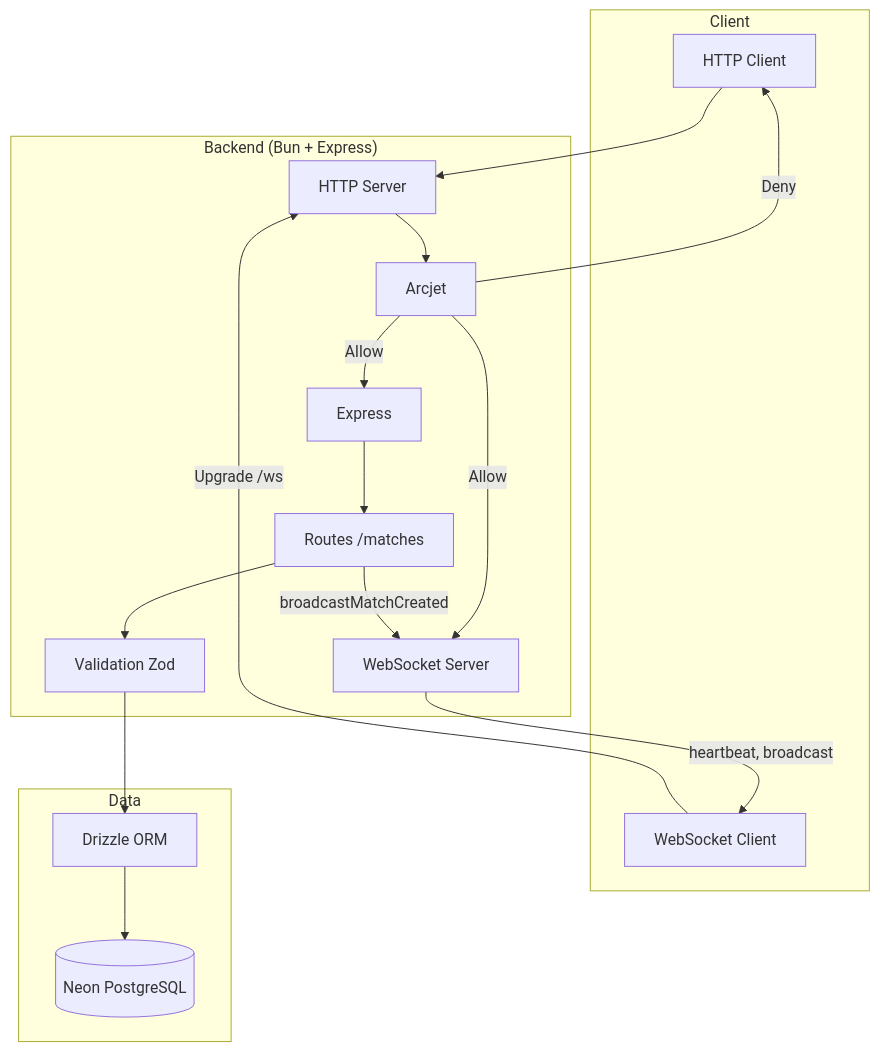
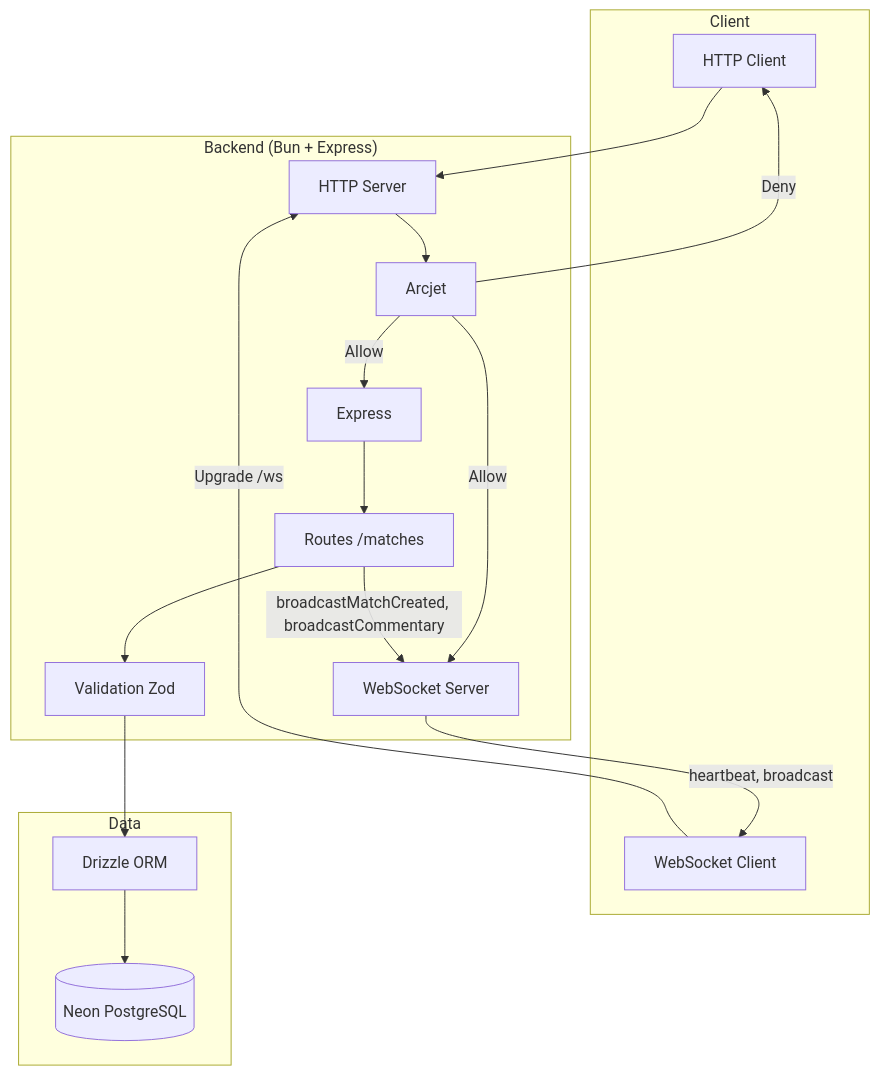
The first of 5 diagrams in sportsbuzz/backend/README.md (ShivamH1/SportsBuzz), drawn with Mermaid before and after one commit. The commit also changed other lines of this file and 1 other file, not shown here.

Commit message:
feat: update commentary route to use max limit

````diff
--- a/sportsbuzz/backend/README.md
+++ b/sportsbuzz/backend/README.md
@@ -29,34 +29,34 @@
 ```mermaid
 flowchart TB
     subgraph Client
         HTTP[HTTP Client]
         WS[WebSocket Client]
     end
 
     subgraph Backend["Backend (Bun + Express)"]
         Server[HTTP Server]
         Arcjet[Arcjet]
         Express[Express]
         Routes[Routes /matches]
         Validation[Validation Zod]
         WSS[WebSocket Server]
     end
 
     subgraph Data
         Drizzle[Drizzle ORM]
         DB[(Neon PostgreSQL)]
     end
 
     HTTP --> Server
     WS -->|Upgrade /ws| Server
     Server --> Arcjet
     Arcjet -->|Allow| Express
     Arcjet -->|Allow| WSS
     Arcjet -->|Deny| HTTP
     Express --> Routes
     Routes --> Validation
     Validation --> Drizzle
     Drizzle --> DB
     WSS -->|heartbeat, broadcast| WS
-    Routes -->|broadcastMatchCreated| WSS
+    Routes -->|broadcastMatchCreated, broadcastCommentary| WSS
 ```
````
